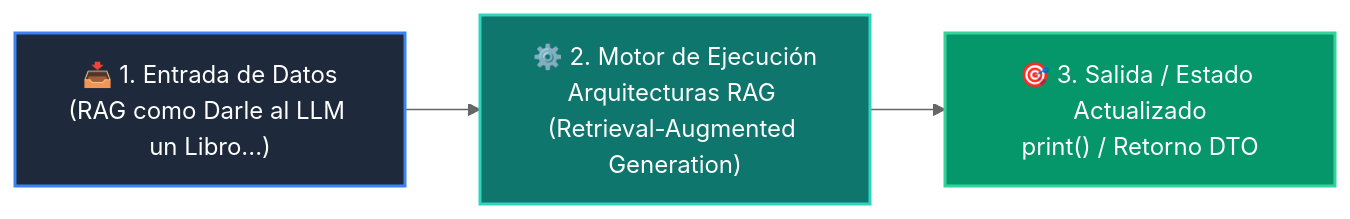
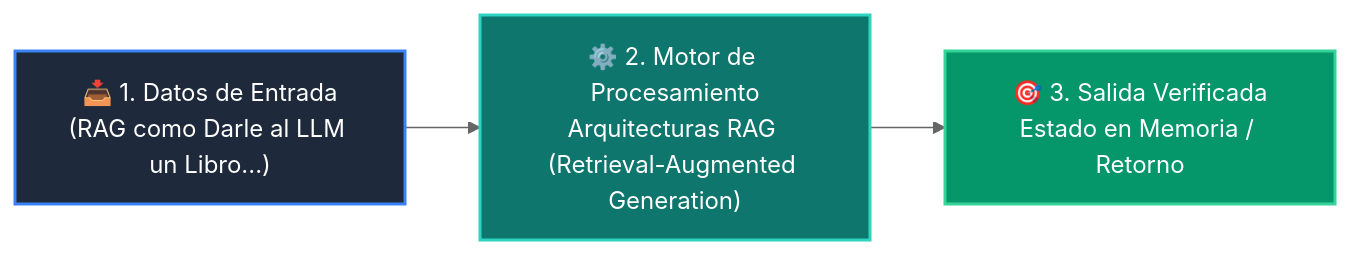
The diagram in 03-agentes-ia/clase-06-arquitecturas-rag/README.md (wisrovi/wisrovi-python), drawn with Mermaid (neutral theme) before and after one commit. The commit also changed other lines of this file and 226 other files, not shown here.

Commit message:
docs: elevate all repository READMEs to world-class mastery standard with rich pedagogical architecture, custom Mermaids, and professional styling

````diff
--- a/03-agentes-ia/clase-06-arquitecturas-rag/README.md
+++ b/03-agentes-ia/clase-06-arquitecturas-rag/README.md
@@ -12,9 +26,9 @@
 ```mermaid
 flowchart LR
-    A["📥 1. Entrada de Datos<br/>(RAG como Darle al LLM un Libro...)"] --> B["⚙️ 2. Motor de Ejecución<br/>Arquitecturas RAG (Retrieval-Augmented Generation)"]
-    B --> C["🎯 3. Salida / Estado Actualizado<br/>print() / Retorno DTO"]
+    IN["📥 1. Datos de Entrada<br/>(RAG como Darle al LLM un Libro...)"] --> ENG["⚙️ 2. Motor de Procesamiento<br/>Arquitecturas RAG (Retrieval-Augmented Generation)"]
+    ENG --> OUT["🎯 3. Salida Verificada<br/>Estado en Memoria / Retorno"]
 
-    style A fill:#1e293b,color:#ffffff,stroke:#3b82f6,stroke-width:2px
-    style B fill:#0f766e,color:#ffffff,stroke:#2dd4bf,stroke-width:2px
-    style C fill:#059669,color:#ffffff,stroke:#34d399,stroke-width:2px
+    style IN fill:#1e293b,color:#ffffff,stroke:#3b82f6,stroke-width:2px
+    style ENG fill:#0f766e,color:#ffffff,stroke:#2dd4bf,stroke-width:2px
+    style OUT fill:#059669,color:#ffffff,stroke:#34d399,stroke-width:2px
 ```
````
